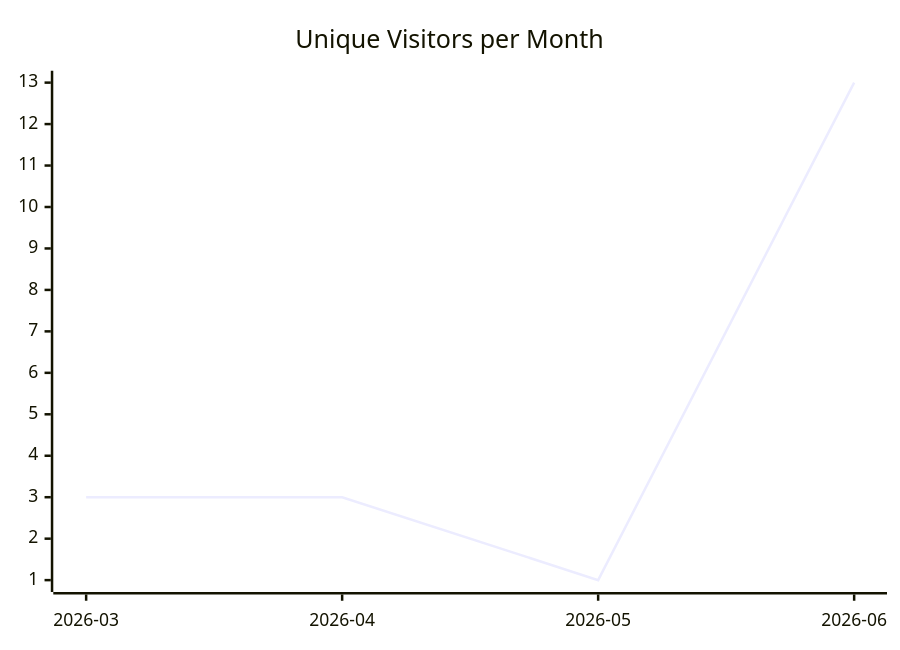
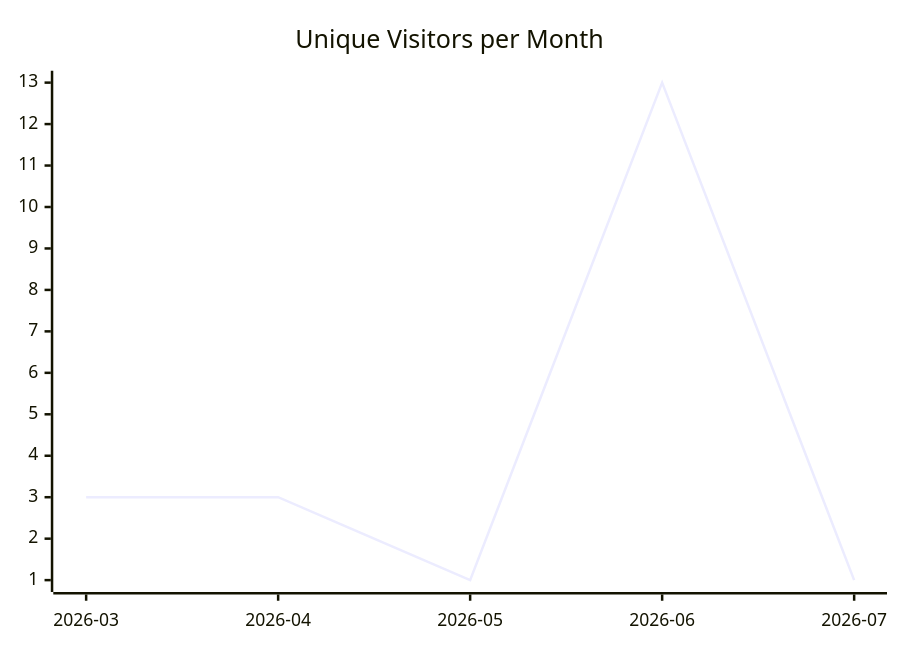
The first of 3 diagrams in karlmdavis/rps-tourney/README.md (justdavis-family/github-analytics-data), drawn with Mermaid before and after one commit. The commit also changed other lines of this file and 199 other files, not shown here.

````diff
--- a/karlmdavis/rps-tourney/README.md
+++ b/karlmdavis/rps-tourney/README.md
@@ -5,6 +5,6 @@
 ```mermaid
 xychart-beta
   title "Unique Visitors per Month"
-  x-axis ["2026-03", "2026-04", "2026-05", "2026-06"]
-  line [3, 3, 1, 13]
+  x-axis ["2026-03", "2026-04", "2026-05", "2026-06", "2026-07"]
+  line [3, 3, 1, 13, 1]
 ```
````
